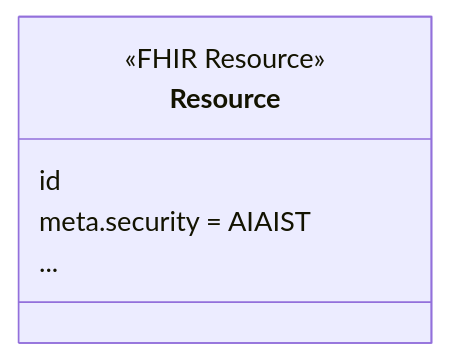
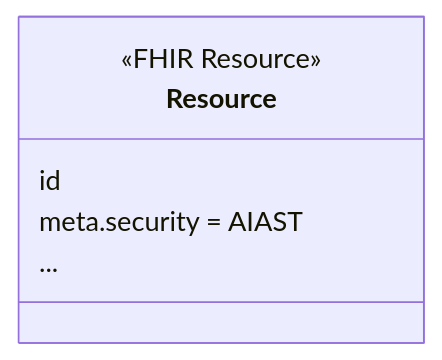
Before and after one commit to HL7/aitransparency-ig: the first of 2 diagrams in input/pagecontent/general_guidance.md, drawn with Mermaid. The commit also changed other lines of this file, not shown here.

Commit message:
FHIR-55025 - Typo is resource example diagrams (AIAIST instead of AIAST)

````diff
--- a/input/pagecontent/general_guidance.md
+++ b/input/pagecontent/general_guidance.md
@@ -50,9 +50,9 @@
 ```mermaid
 classDiagram
     class Resource {
         <<FHIR Resource>>
         id
-        meta.security = AIAIST
+        meta.security = AIAST
         ...
     }
 ```
````
